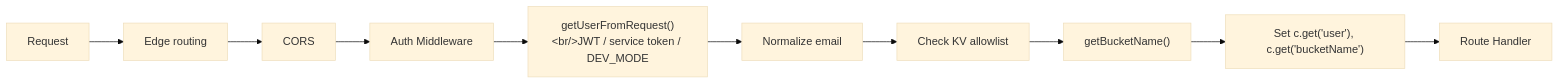
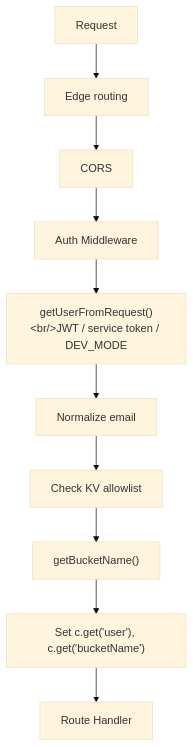
The fifth of 6 diagrams in TECHNICAL.md (nikolanovoselec/codeflare), drawn with Mermaid (base theme) before and after one commit. The commit also changed other lines of this file, not shown here.

Commit message:
Switch wide mermaid diagrams from LR to TD for readability
Metrics Data Flow and Auth Flow diagrams had too many nodes
horizontally; TD layout renders them in a more readable vertical
orientation.

````diff
--- a/TECHNICAL.md
+++ b/TECHNICAL.md
@@ -469,12 +469,12 @@
 ```mermaid
-flowchart LR
+flowchart TD
     A[Request] --> B[Edge routing]
     B --> C[CORS]
     C --> D[Auth Middleware]
     D --> E["getUserFromRequest()&lt;br/&gt;JWT / service token / DEV_MODE"]
     E --> F[Normalize email]
     F --> G[Check KV allowlist]
     G --> H["getBucketName()"]
     H --> I["Set c.get('user'), c.get('bucketName')"]
     I --> J[Route Handler]
 ```
````
